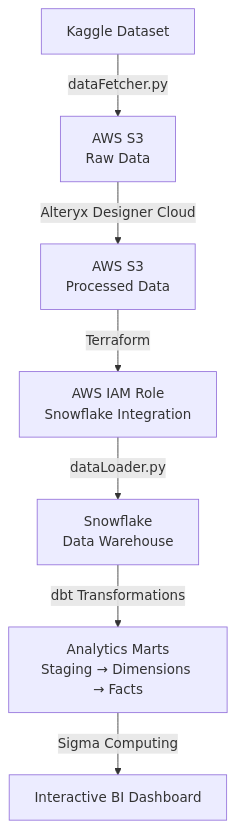
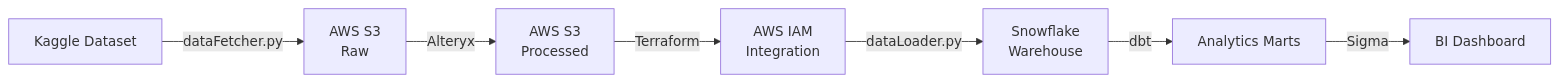
Before and after one commit to r0han01/supplyChainDataOps: the diagram in README.md, drawn with Mermaid.

Commit message:
Make mermaid diagram more compact with horizontal layout

````diff
--- a/README.md
+++ b/README.md
@@ -27,9 +27,9 @@
 ```mermaid
-graph TB
-    A[Kaggle Dataset] -->|dataFetcher.py| B[AWS S3<br/>Raw Data]
-    B -->|Alteryx Designer Cloud| C[AWS S3<br/>Processed Data]
-    C -->|Terraform| D[AWS IAM Role<br/>Snowflake Integration]
-    D -->|dataLoader.py| E[Snowflake<br/>Data Warehouse]
-    E -->|dbt Transformations| F[Analytics Marts<br/>Staging → Dimensions → Facts]
-    F -->|Sigma Computing| G[Interactive BI Dashboard]
+graph LR
+    A[Kaggle Dataset] -->|dataFetcher.py| B[AWS S3<br/>Raw]
+    B -->|Alteryx| C[AWS S3<br/>Processed]
+    C -->|Terraform| D[AWS IAM<br/>Integration]
+    D -->|dataLoader.py| E[Snowflake<br/>Warehouse]
+    E -->|dbt| F[Analytics Marts]
+    F -->|Sigma| G[BI Dashboard]
 ```
````
